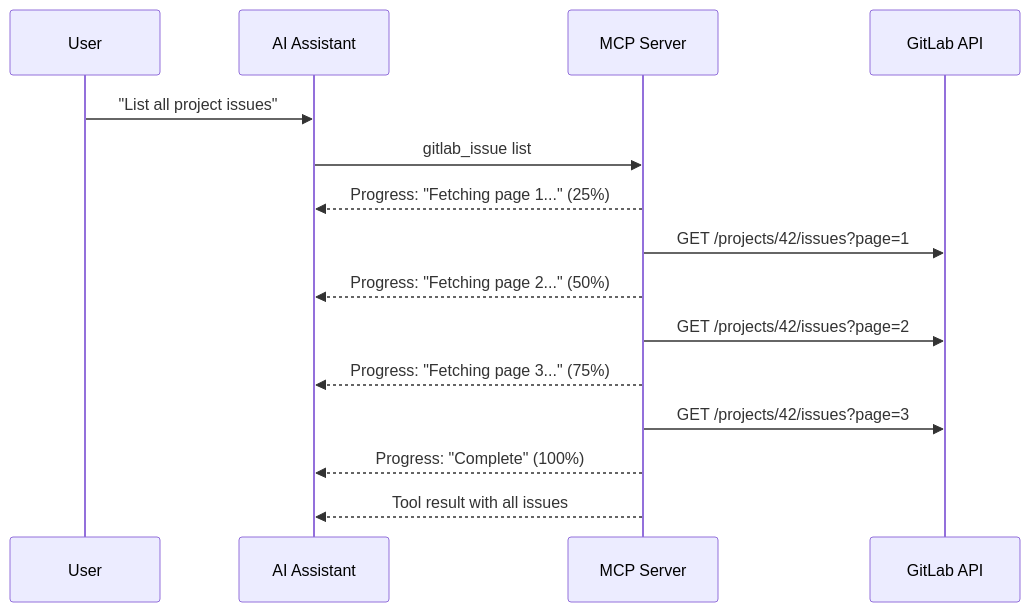
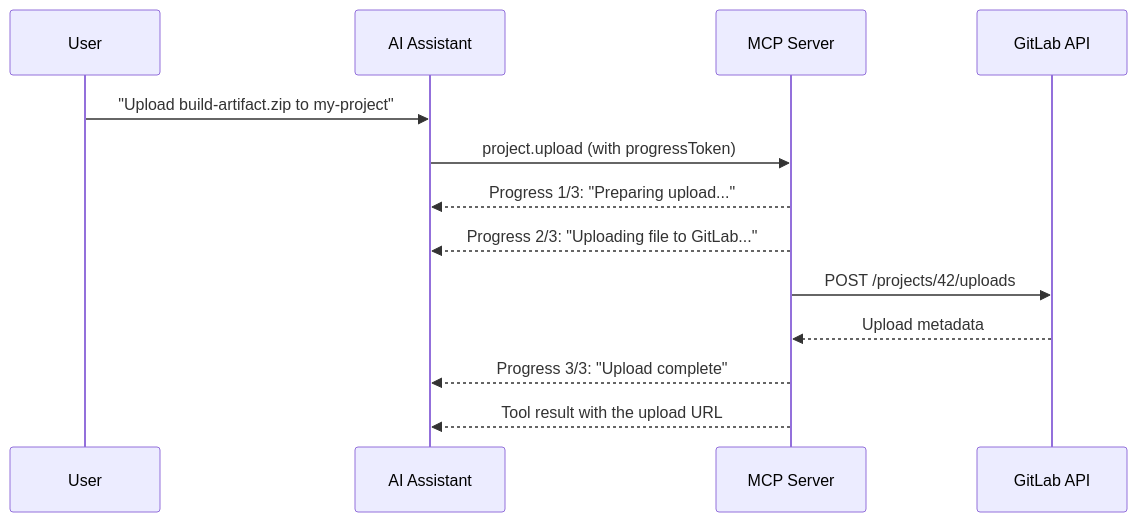
The diagram in site/src/content/docs/capabilities/progress.mdx (jmrplens/gitlab-mcp-server), drawn with Mermaid before and after one commit. The commit also changed other lines of this file and 90 other files, not shown here.

````diff
--- a/site/src/content/docs/capabilities/progress.mdx
+++ b/site/src/content/docs/capabilities/progress.mdx
@@ -26,18 +26,16 @@
 ```mermaid
 sequenceDiagram
     participant U as User
     participant AI as AI Assistant
     participant S as MCP Server
     participant GL as GitLab API
 
-    U->>AI: "List all project issues"
-    AI->>S: gitlab_issue list
-    S-->>AI: Progress: "Fetching page 1..." (25%)
-    S->>GL: GET /projects/42/issues?page=1
-    S-->>AI: Progress: "Fetching page 2..." (50%)
-    S->>GL: GET /projects/42/issues?page=2
-    S-->>AI: Progress: "Fetching page 3..." (75%)
-    S->>GL: GET /projects/42/issues?page=3
-    S-->>AI: Progress: "Complete" (100%)
-    S-->>AI: Tool result with all issues
+    U->>AI: "Upload build-artifact.zip to my-project"
+    AI->>S: project.upload (with progressToken)
+    S-->>AI: Progress 1/3: "Preparing upload..."
+    S-->>AI: Progress 2/3: "Uploading file to GitLab..."
+    S->>GL: POST /projects/42/uploads
+    GL-->>S: Upload metadata
+    S-->>AI: Progress 3/3: "Upload complete"
+    S-->>AI: Tool result with the upload URL
 ```
````
